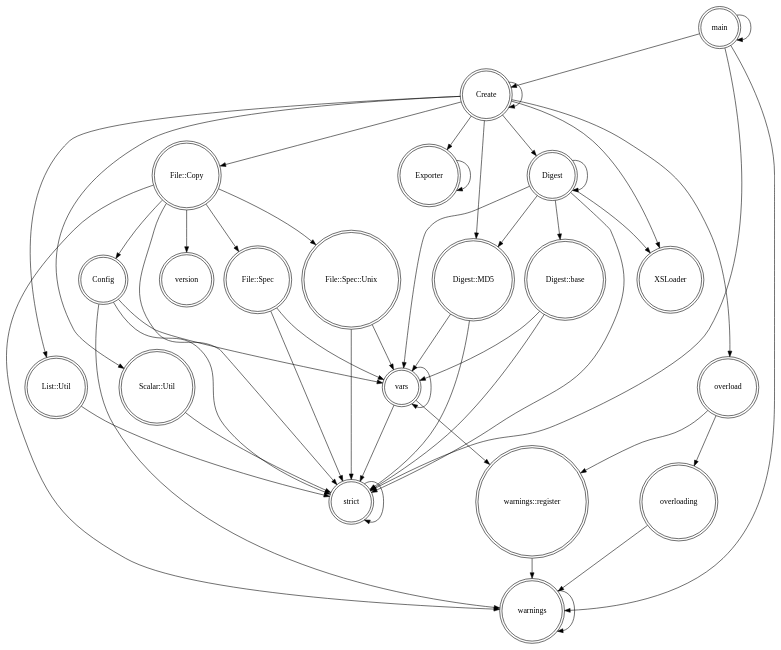
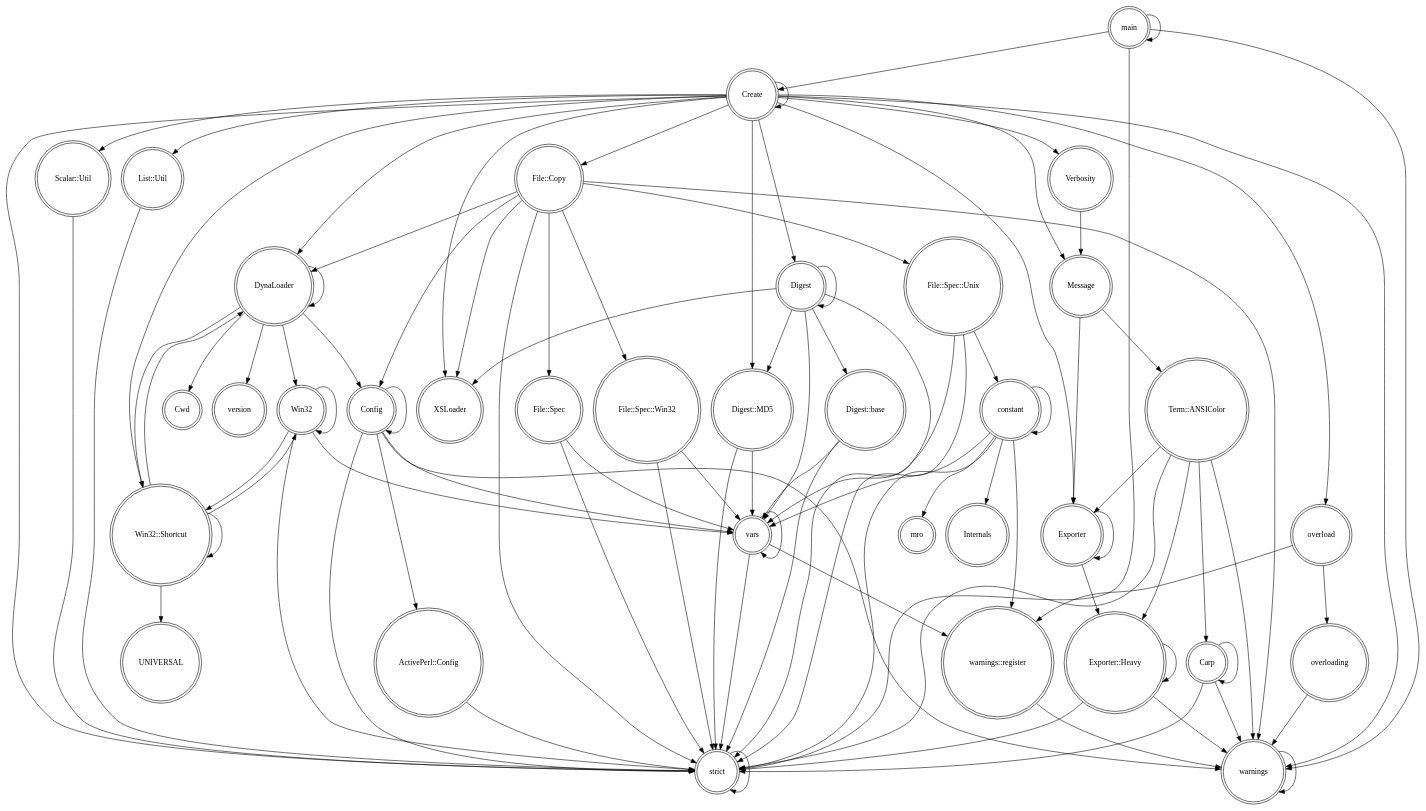
One commit to VPatrick/PerlArchiver changed the diagram in Profiling Ergebnisse/Create_S/packages-callgraph.dot. Above: the diagram before and after it, drawn with Graphviz. The commit also changed 470 other files, not shown here.

```diff
--- a/Profiling Ergebnisse/Create_S/packages-callgraph.dot
+++ b/Profiling Ergebnisse/Create_S/packages-callgraph.dot
@@ -1,52 +1,101 @@
 digraph {
 graph [overlap=false]
 node [shape=doublecircle];
+"Create" -> "List::Util";
+"File::Copy" -> "File::Spec::Unix";
+"Win32" -> "strict";
+"Create" -> "Digest";
+"DynaLoader" -> "DynaLoader";
+"Message" -> "Exporter";
+"main" -> "Create";
+"main" -> "warnings";
+"constant" -> "strict";
+"main" -> "strict";
+"Verbosity" -> "Message";
+"Create" -> "Exporter";
+"Config" -> "warnings";
+"Create" -> "Scalar::Util";
+"ActivePerl::Config" -> "strict";
+"File::Spec::Unix" -> "vars";
+"Create" -> "Create";
+"Create" -> "XSLoader";
+"File::Copy" -> "strict";
+"warnings::register" -> "warnings";
+"Message" -> "Term::ANSIColor";
+"Win32" -> "Win32";
+"overload" -> "overloading";
+"vars" -> "vars";
+"Create" -> "File::Copy";
+"File::Copy" -> "File::Spec::Win32";
+"Create" -> "Verbosity";
+"Term::ANSIColor" -> "strict";
+"DynaLoader" -> "version";
+"Exporter::Heavy" -> "warnings";
+"Digest" -> "strict";
+"Scalar::Util" -> "strict";
+"Digest" -> "Digest::base";
+"constant" -> "warnings::register";
+"Win32" -> "vars";
+"Create" -> "Digest::MD5";
+"File::Copy" -> "warnings";
+"overloading" -> "warnings";
+"Digest" -> "XSLoader";
+"Config" -> "Config";
+"Exporter" -> "Exporter";
+"File::Copy" -> "Config";
+"Win32::Shortcut" -> "DynaLoader";
+"Digest" -> "Digest";
+"List::Util" -> "strict";
+"main" -> "main";
+"File::Spec::Unix" -> "strict";
+"Digest::MD5" -> "vars";
+"warnings" -> "warnings";
+"Win32::Shortcut" -> "Win32";
+"Config" -> "strict";
+"Exporter" -> "Exporter::Heavy";
+"Term::ANSIColor" -> "warnings";
+"File::Copy" -> "DynaLoader";
+"Win32::Shortcut" -> "Win32::Shortcut";
+"File::Spec" -> "strict";
+"Carp" -> "Carp";
+"Create" -> "warnings";
+"Term::ANSIColor" -> "Exporter::Heavy";
+"constant" -> "Internals";
+"vars" -> "strict";
+"DynaLoader" -> "Cwd";
+"Digest" -> "Digest::MD5";
+"overload" -> "warnings::register";
+"Win32::Shortcut" -> "UNIVERSAL";
+"File::Copy" -> "File::Spec";
+"Digest::base" -> "strict";
+"Create" -> "overload";
+"Create" -> "Win32::Shortcut";
+"File::Spec::Win32" -> "strict";
+"Exporter::Heavy" -> "strict";
+"Create" -> "strict";
+"Config" -> "ActivePerl::Config";
+"Term::ANSIColor" -> "Carp";
+"File::Spec::Unix" -> "constant";
+"DynaLoader" -> "Win32::Shortcut";
+"constant" -> "vars";
+"Carp" -> "strict";
+"DynaLoader" -> "Config";
+"File::Copy" -> "XSLoader";
+"strict" -> "strict";
+"Create" -> "Message";
+"Digest" -> "vars";
+"Digest::base" -> "vars";
+"DynaLoader" -> "Win32";
+"Carp" -> "warnings";
+"Win32" -> "Win32::Shortcut";
+"File::Spec::Win32" -> "vars";
+"Create" -> "DynaLoader";
 "Digest::MD5" -> "strict";
-"main" -> "Create";
-"Scalar::Util" -> "strict";
-"warnings" -> "warnings";
-"Digest" -> "strict";
-"Digest::base" -> "vars";
-"File::Copy" -> "File::Spec::Unix";
-"Exporter" -> "Exporter";
-"Create" -> "List::Util";
 "vars" -> "warnings::register";
+"Term::ANSIColor" -> "Exporter";
+"Config" -> "vars";
+"Exporter::Heavy" -> "Exporter::Heavy";
+"constant" -> "mro";
+"constant" -> "constant";
 "File::Spec" -> "vars";
-"main" -> "warnings";
-"Digest" -> "Digest";
-"File::Copy" -> "warnings";
-"main" -> "main";
-"Digest" -> "vars";
-"File::Spec::Unix" -> "vars";
-"Config" -> "strict";
-"File::Spec::Unix" -> "strict";
-"File::Copy" -> "File::Spec";
-"Digest" -> "Digest::MD5";
-"Digest::MD5" -> "vars";
-"Create" -> "File::Copy";
-"Create" -> "Scalar::Util";
-"Digest::base" -> "strict";
-"Digest" -> "XSLoader";
-"Config" -> "warnings";
-"overload" -> "warnings::register";
-"File::Copy" -> "strict";
-"Create" -> "XSLoader";
-"warnings::register" -> "warnings";
-"Create" -> "overload";
-"File::Copy" -> "Config";
-"main" -> "strict";
-"vars" -> "strict";
-"overload" -> "overloading";
-"File::Spec" -> "strict";
-"Config" -> "vars";
-"File::Copy" -> "version";
-"strict" -> "strict";
-"vars" -> "vars";
-"Digest" -> "Digest::base";
-"overloading" -> "warnings";
-"Create" -> "Digest::MD5";
-"Create" -> "Exporter";
-"List::Util" -> "strict";
-"Create" -> "Digest";
-"Create" -> "Create";
 }
```
